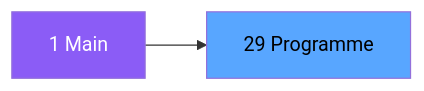
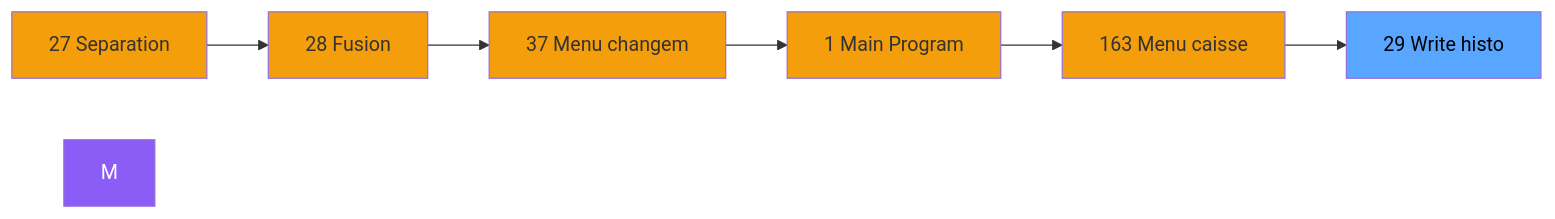
The second of 3 diagrams in .openspec/specs/ADH-IDE-29.md (thonyAGP/magic-migration), drawn with Mermaid before and after one commit. The commit also changed other lines of this file and 323 other files, not shown here.

````diff
--- a/.openspec/specs/ADH-IDE-29.md
+++ b/.openspec/specs/ADH-IDE-29.md
@@ -98,8 +117,21 @@
 ```mermaid
 graph LR
-    M[1 Main]
-    T[29 Programme]
-    M --> T
+    N27[27 Separation]
+    N28[28 Fusion]
+    N37[37 Menu changem]
+    N1[1 Main Program]
+    N163[163 Menu caisse ]
+    T[29 Write histo ]
+    N27 --> N28
+    N28 --> N37
+    N37 --> N1
+    N1 --> N163
+    N163 --> T
     style M fill:#8b5cf6,color:#fff
+    style N27 fill:#f59e0b
+    style N28 fill:#f59e0b
+    style N37 fill:#f59e0b
+    style N1 fill:#f59e0b
+    style N163 fill:#f59e0b
     style T fill:#58a6ff,color:#000
 ```
````
